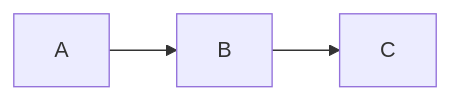
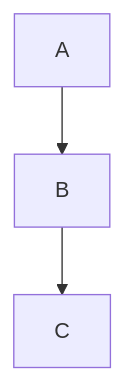
One commit to hongchhe/my_test changed the second of 2 diagrams in README.md. Above: the diagram before and after it, drawn with Mermaid.

````diff
--- a/README.md
+++ b/README.md
@@ -17,4 +17,5 @@
 ```mermaid
-graph LR
-A --> B --> C
+graph TD
+A --> B
+B --> C
 ```
````
